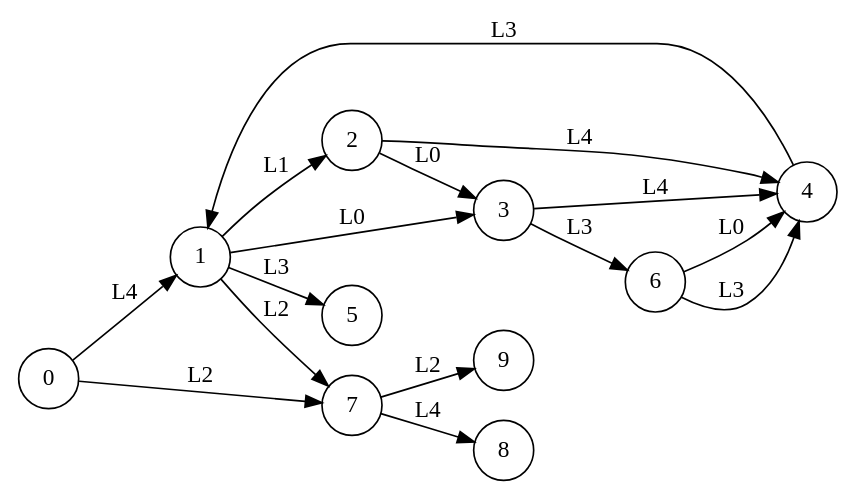
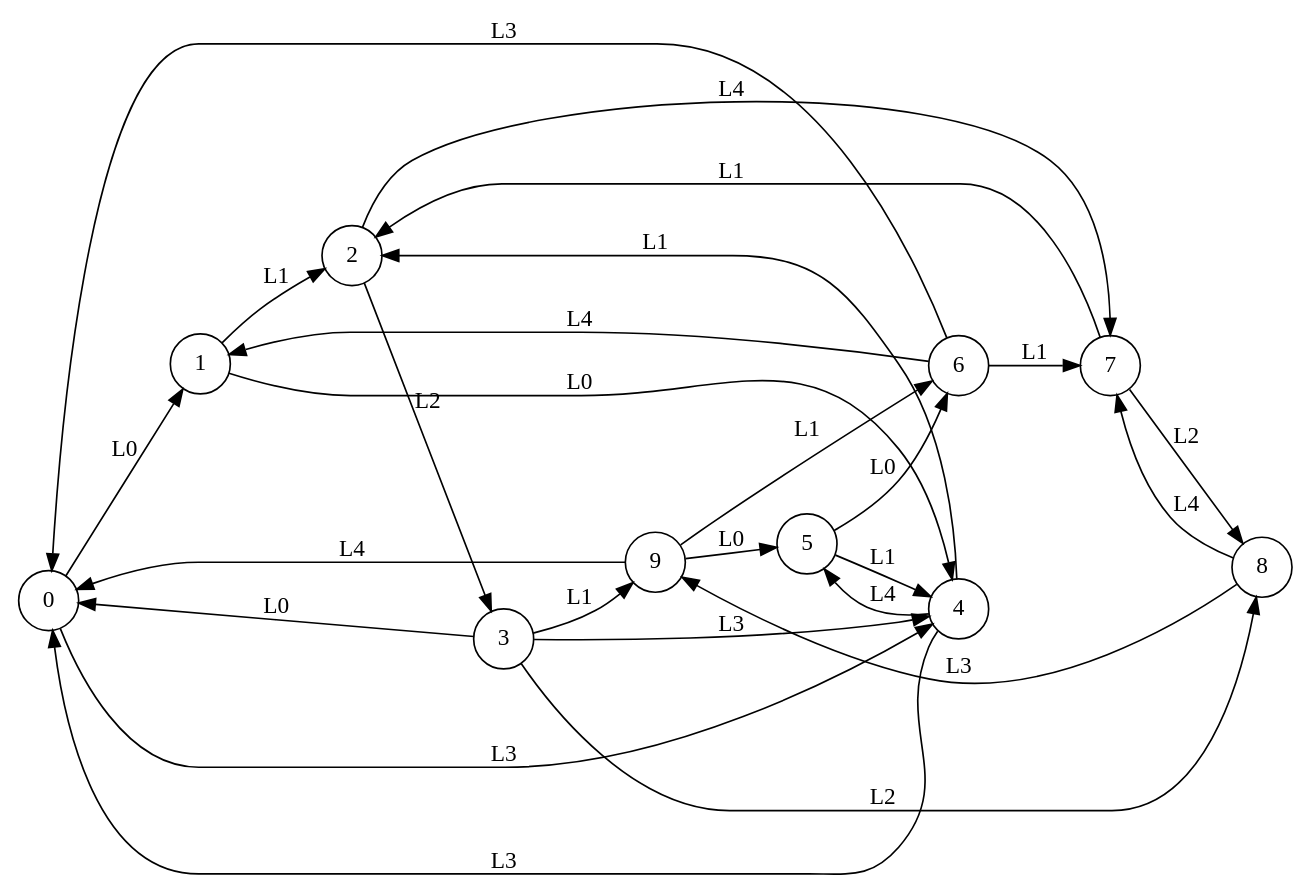
The diagram in automata/automaton_10_2_5_2.dot (k85-ai/KB1), drawn with Graphviz before and after one commit. The commit also changed 441 other files, not shown here.

```diff
--- a/automata/automaton_10_2_5_2.dot
+++ b/automata/automaton_10_2_5_2.dot
@@ -1,28 +1,38 @@
 digraph dotMachine {
   rankdir=LR;
   0 [shape=circle, label="0"];
   1 [shape=circle, label="1"];
   2 [shape=circle, label="2"];
   3 [shape=circle, label="3"];
   4 [shape=circle, label="4"];
   5 [shape=circle, label="5"];
   6 [shape=circle, label="6"];
   7 [shape=circle, label="7"];
   8 [shape=circle, label="8"];
   9 [shape=circle, label="9"];
-  0 -> 1 [label="L4"];
+  0 -> 1 [label="L0"];
   1 -> 2 [label="L1"];
-  1 -> 3 [label="L0"];
-  3 -> 4 [label="L4"];
-  1 -> 5 [label="L3"];
-  3 -> 6 [label="L3"];
-  0 -> 7 [label="L2"];
-  7 -> 8 [label="L4"];
-  7 -> 9 [label="L2"];
-  2 -> 3 [label="L0"];
-  6 -> 4 [label="L3"];
-  2 -> 4 [label="L4"];
-  6 -> 4 [label="L0"];
-  1 -> 7 [label="L2"];
-  4 -> 1 [label="L3"];
+  2 -> 3 [label="L2"];
+  3 -> 4 [label="L3"];
+  4 -> 5 [label="L4"];
+  5 -> 6 [label="L0"];
+  6 -> 7 [label="L1"];
+  7 -> 8 [label="L2"];
+  8 -> 9 [label="L3"];
+  9 -> 0 [label="L4"];
+  3 -> 0 [label="L0"];
+  5 -> 4 [label="L1"];
+  3 -> 8 [label="L2"];
+  9 -> 6 [label="L1"];
+  6 -> 0 [label="L3"];
+  6 -> 1 [label="L4"];
+  3 -> 9 [label="L1"];
+  9 -> 5 [label="L0"];
+  4 -> 0 [label="L3"];
+  4 -> 2 [label="L1"];
+  1 -> 4 [label="L0"];
+  0 -> 4 [label="L3"];
+  2 -> 7 [label="L4"];
+  7 -> 2 [label="L1"];
+  8 -> 7 [label="L4"];
 }
```
